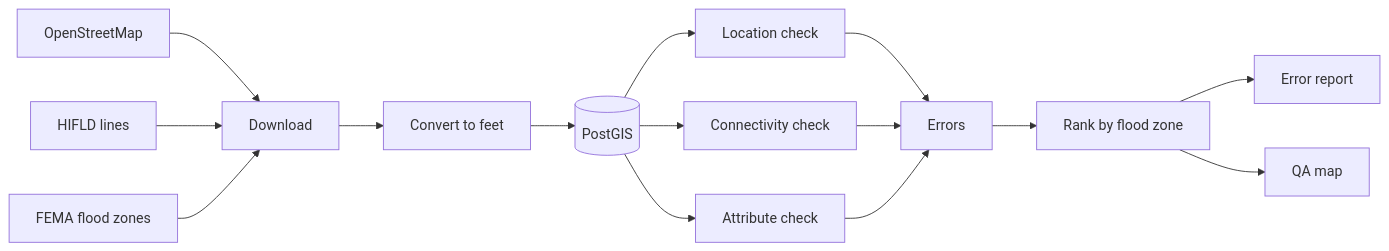
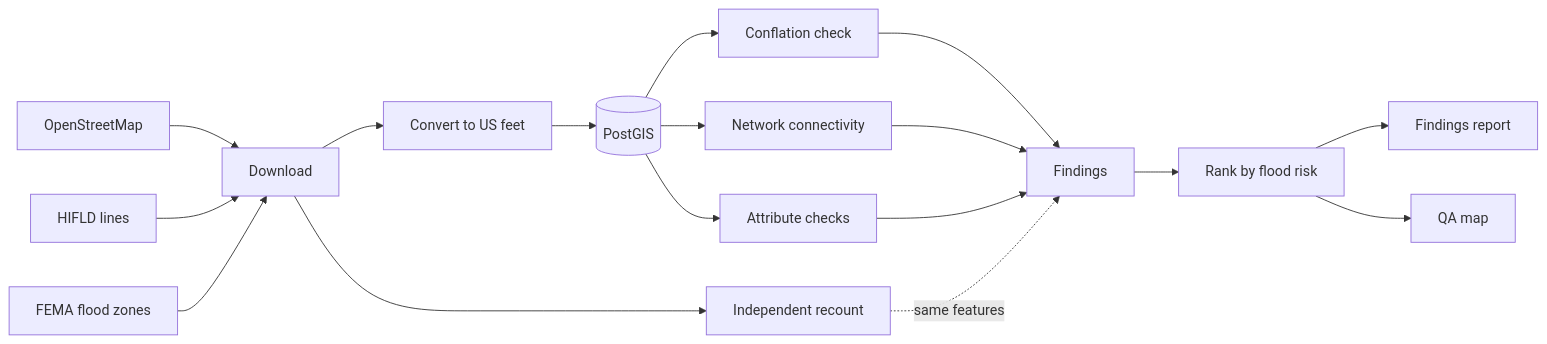
Before and after one commit to narasimha-31/utility-asset-location-errors-gis: the diagram in documentation/architecture.mmd, drawn with Mermaid. The commit also changed 2 other files, not shown here.

Commit message:
update architecture diagram

```diff
--- a/documentation/architecture.mmd
+++ b/documentation/architecture.mmd
@@ -1,15 +1,17 @@
 flowchart LR
     OSM[OpenStreetMap] --> DL[Download]
     HIFLD[HIFLD lines] --> DL
     FEMA[FEMA flood zones] --> DL
-    DL --> FT[Convert to feet]
+    DL --> FT[Convert to US feet]
     FT --> DB[(PostGIS)]
-    DB --> LOC[Location check]
-    DB --> CON[Connectivity check]
-    DB --> ATT[Attribute check]
-    LOC --> ERR[Errors]
-    CON --> ERR
-    ATT --> ERR
-    ERR --> RANK[Rank by flood zone]
-    RANK --> CSV[Error report]
+    DB --> LOC[Conflation check]
+    DB --> CON[Network connectivity]
+    DB --> ATT[Attribute checks]
+    LOC --> F[Findings]
+    CON --> F
+    ATT --> F
+    F --> RANK[Rank by flood risk]
+    RANK --> CSV[Findings report]
     RANK --> MAP[QA map]
+    DL --> VER[Independent recount]
+    VER -. same features .-> F
```
